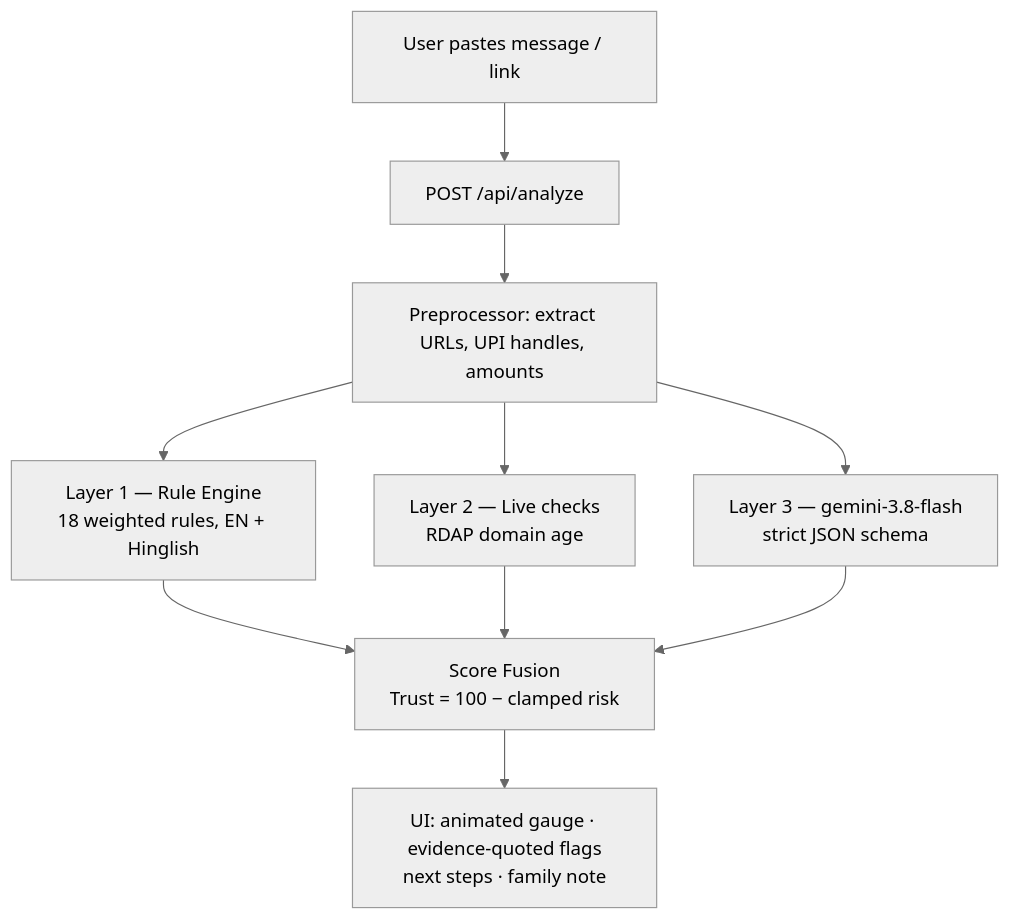
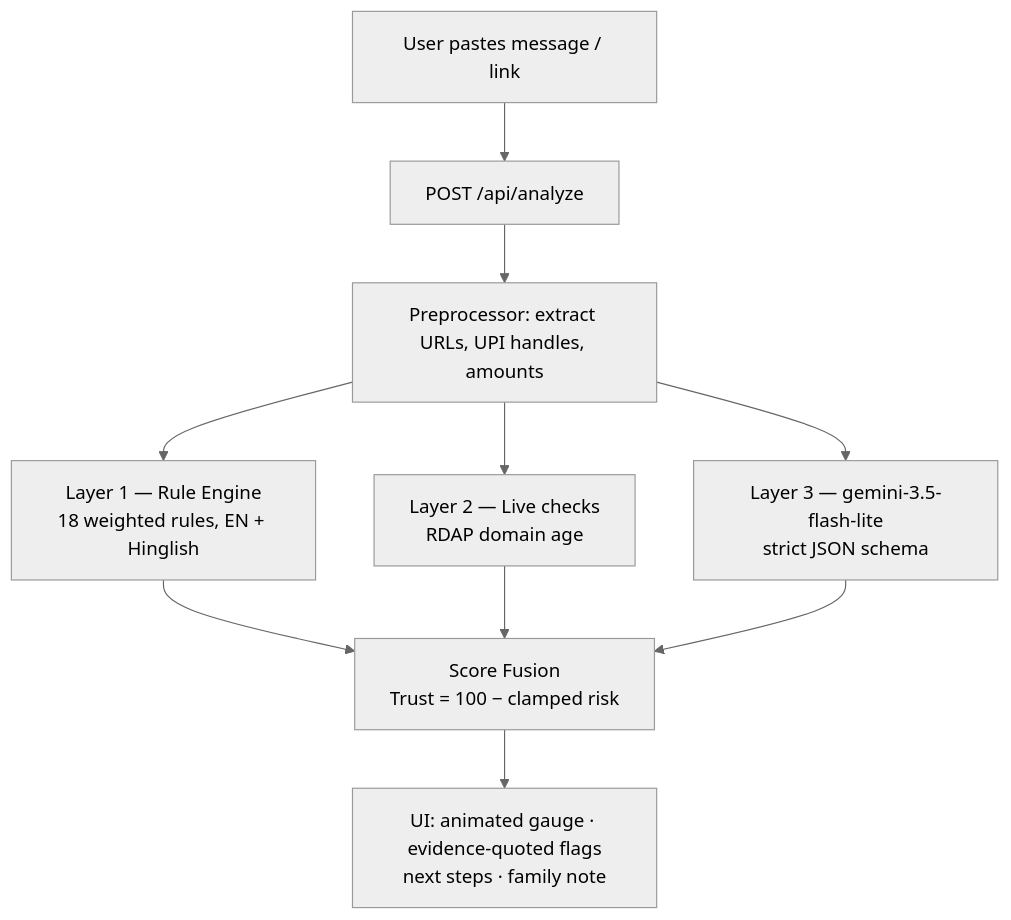
The diagram in README.md (Himanshu-GenAI/Phish_Gaurd), drawn with Mermaid (neutral theme) before and after one commit. The commit also changed other lines of this file and 4 other files, not shown here.

````diff
--- a/README.md
+++ b/README.md
@@ -155,15 +155,15 @@
 ```mermaid
 flowchart TD
     A[User pastes message / link] --> B["POST /api/analyze"]
     B --> C[Preprocessor: extract URLs, UPI handles, amounts]
     D["Layer 1 — Rule Engine\n18 weighted rules, EN + Hinglish"]
     E["Layer 2 — Live checks\nRDAP domain age"]
-    F["Layer 3 — gemini-3.8-flash\nstrict JSON schema"]
+    F["Layer 3 — gemini-3.5-flash-lite\nstrict JSON schema"]
     C --> D
     C --> E
     C --> F
     D --> G["Score Fusion\nTrust = 100 − clamped risk"]
     E --> G
     F --> G
     G --> H["UI: animated gauge · evidence-quoted flags\nnext steps · family note"]
 ```
````
